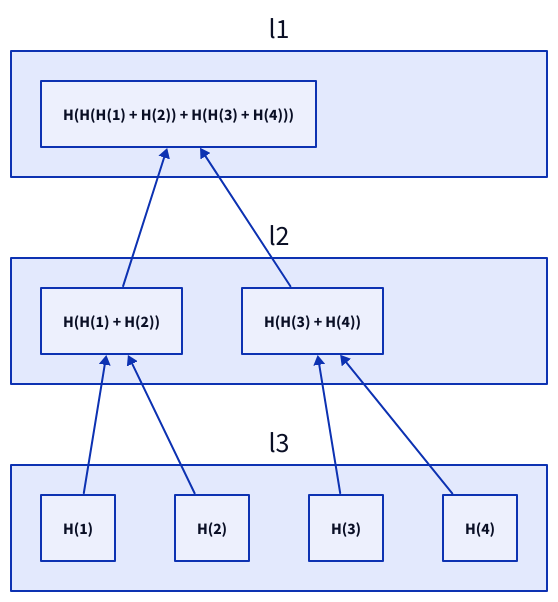
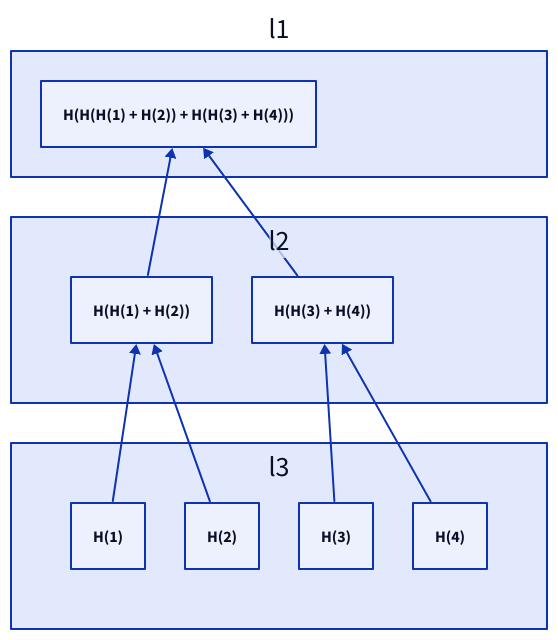
The fourth of 5 diagrams in content/system-administration/system-recovery.md (link1905/system-design-101), drawn with D2 before and after one commit. The commit also changed other lines of this file and 42 other files, not shown here.

````diff
--- a/content/system-administration/system-recovery.md
+++ b/content/system-administration/system-recovery.md
@@ -221,25 +221,27 @@
 ```d2
 grid-columns: 1
 l1 {
   class: none
   r1: H(H(H(1) + H(2)) + H(H(3) + H(4)))
 }
 l2 {
   class: none
+  grid-rows: 1
   r1: H(H(1) + H(2))
   r2: H(H(3) + H(4))
 }
 l3 {
   class: none
+  grid-rows: 1
   r1: H(1)
   r2: H(2)
   r3: H(3)
   r4: H(4)
 }
 l3.r1 -> l2.r1
 l3.r2 -> l2.r1
 l3.r3 -> l2.r2
 l3.r4 -> l2.r2
 l2.r1 -> l1.r1
 l2.r2 -> l1.r1
 ```
````
